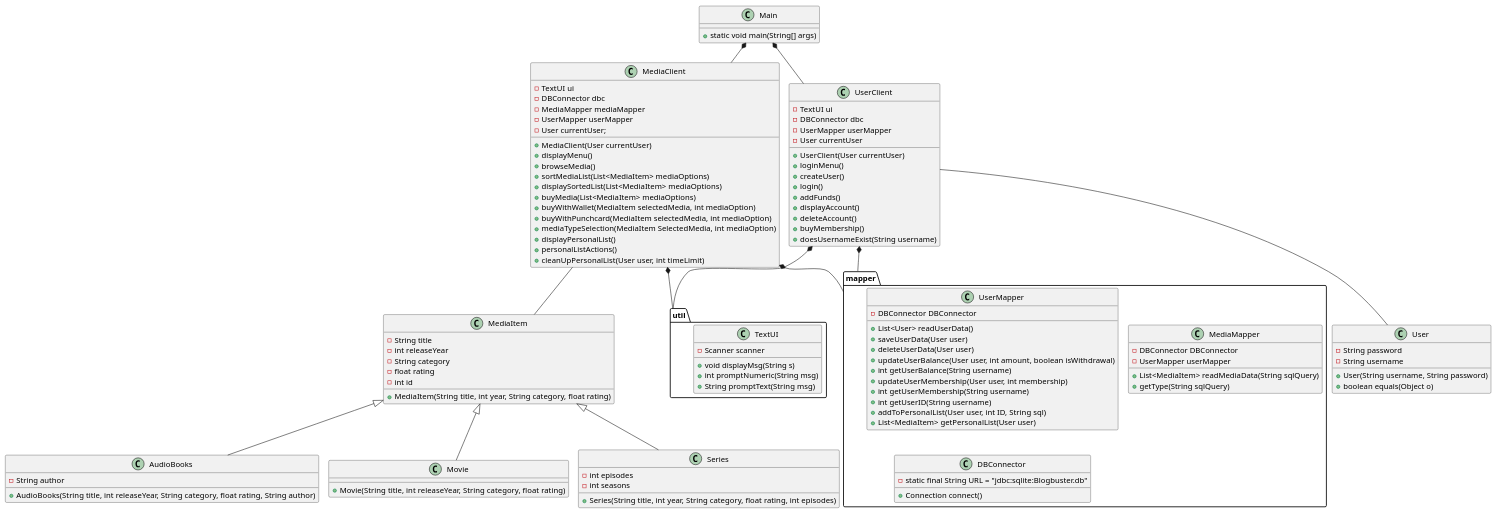
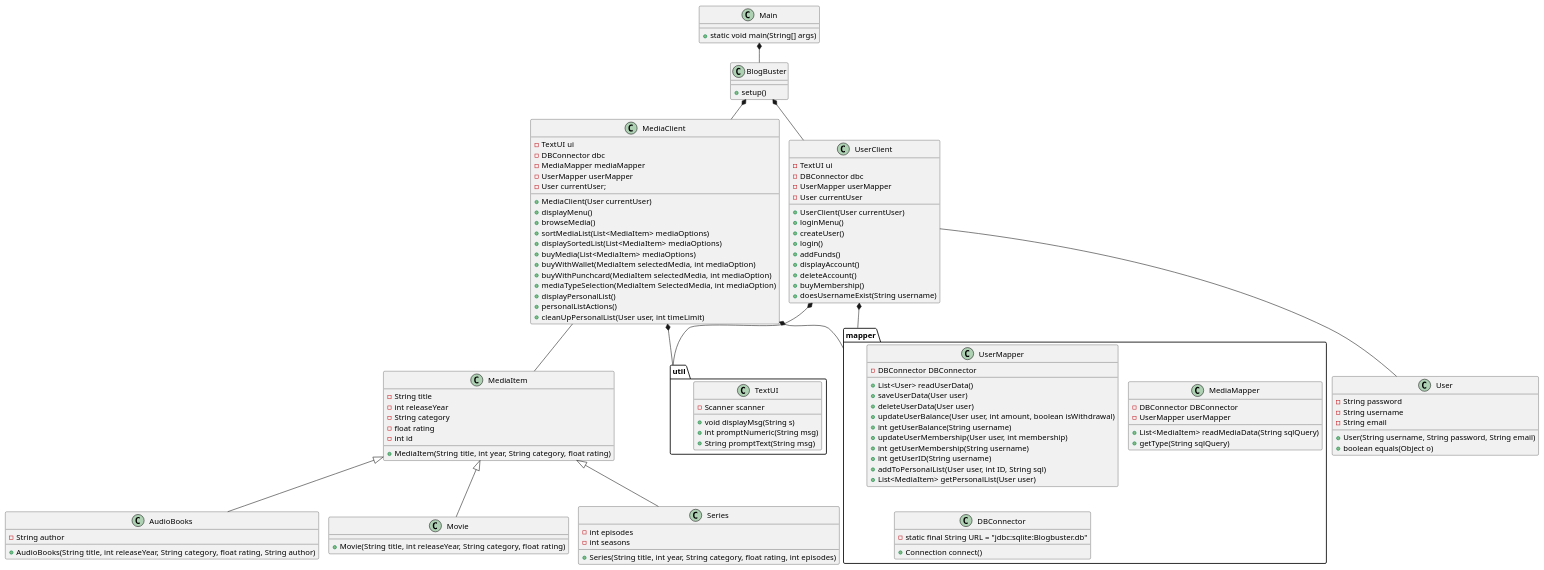
The diagram in docs/classdiagram_v0.puml (b-rino/ICE), drawn with PlantUML before and after one commit. The commit also changed 1 other file, not shown here.

Commit message:
Ny BlogBuster class

```diff
--- a/docs/classdiagram_v0.puml
+++ b/docs/classdiagram_v0.puml
@@ -1,132 +1,138 @@
 @startuml
 !pragma layout smetana
 
 class Main{
 + static void main(String[] args)
 
+}
+
+class BlogBuster{
++setup()
 }
 
 class MediaItem{
 - String title
 - int releaseYear
 - String category
 - float rating
 - int id
 +MediaItem(String title, int year, String category, float rating)
 
 }
 
 class MediaClient{
 -TextUI ui
 -DBConnector dbc
 - MediaMapper mediaMapper
 - UserMapper userMapper
 -User currentUser;
 +MediaClient(User currentUser)
 +displayMenu()
 +browseMedia()
 +sortMediaList(List<MediaItem> mediaOptions)
 +displaySortedList(List<MediaItem> mediaOptions)
 +buyMedia(List<MediaItem> mediaOptions)
 +buyWithWallet(MediaItem selectedMedia, int mediaOption)
 +buyWithPunchcard(MediaItem selectedMedia, int mediaOption)
 +mediaTypeSelection(MediaItem SelectedMedia, int mediaOption)
 +displayPersonalList()
 +personalListActions()
 +cleanUpPersonalList(User user, int timeLimit)
 
 }
 
 
 class User{
 -String password
 -String username
-+User(String username, String password)
+-String email
++User(String username, String password, String email)
 +boolean equals(Object o)
 }
 
 
 class Movie{
 
 + Movie(String title, int releaseYear, String category, float rating)
 }
 
 class Series{
 - int episodes
 - int seasons
 +Series(String title, int year, String category, float rating, int episodes)
 }
 
 class AudioBooks{
 - String author
 + AudioBooks(String title, int releaseYear, String category, float rating, String author)
 }
 
 
 class UserClient{
 -TextUI ui
 -DBConnector dbc
 - UserMapper userMapper
 -User currentUser
 +UserClient(User currentUser)
 +loginMenu()
 +createUser()
 +login()
 +addFunds()
 +displayAccount()
 +deleteAccount()
 +buyMembership()
 +doesUsernameExist(String username)
 }
 
 
 package "util" {
 class TextUI{
 - Scanner scanner
 +void displayMsg(String s)
 +int promptNumeric(String msg)
 +String promptText(String msg)
 }
 }
 
 package "mapper" {
 class UserMapper {
 - DBConnector DBConnector
 +List<User> readUserData()
 +saveUserData(User user)
 +deleteUserData(User user)
 +updateUserBalance(User user, int amount, boolean isWithdrawal)
 +int getUserBalance(String username)
 +updateUserMembership(User user, int membership)
 +int getUserMembership(String username)
 +int getUserID(String username)
 +addToPersonalList(User user, int ID, String sql)
 +List<MediaItem> getPersonalList(User user)
 
 }
 class MediaMapper {
 - DBConnector DBConnector
 - UserMapper userMapper
 +List<MediaItem> readMediaData(String sqlQuery)
 +getType(String sqlQuery)
 }
 class DBConnector{
 -static final String URL = "jdbc:sqlite:Blogbuster.db"
 +Connection connect()
 }
 }
 
 
 MediaItem<|--Series
 MediaItem <|-- Movie
-Main *-- MediaClient
+Main *-- BlogBuster
 MediaClient *-- "util"
 MediaClient -- MediaItem
-Main *-- UserClient
+BlogBuster *-- UserClient
+BlogBuster *-- MediaClient
 UserClient -- User
 UserClient *--"util"
 UserClient *-- "mapper"
 MediaClient *-- "mapper"
 MediaItem <|-- AudioBooks
 
 @enduml
```
